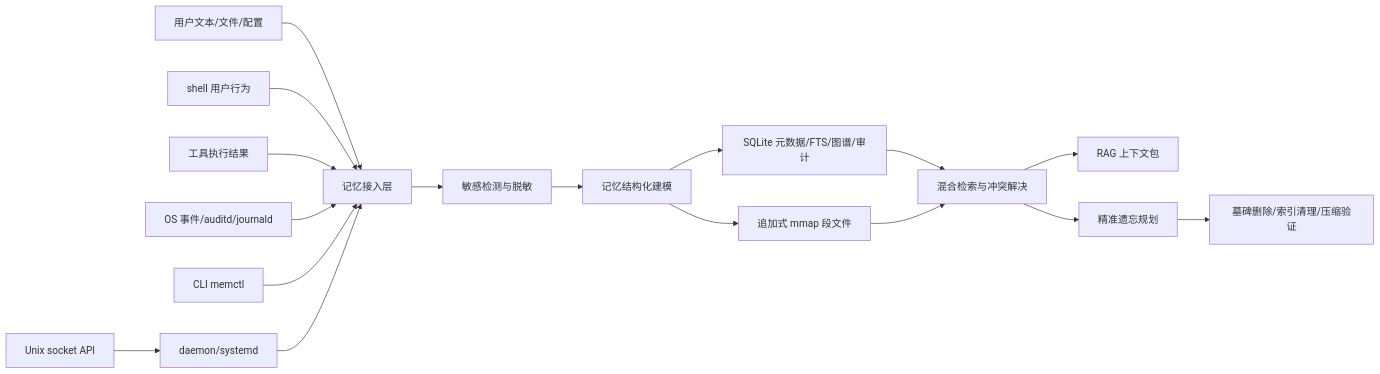
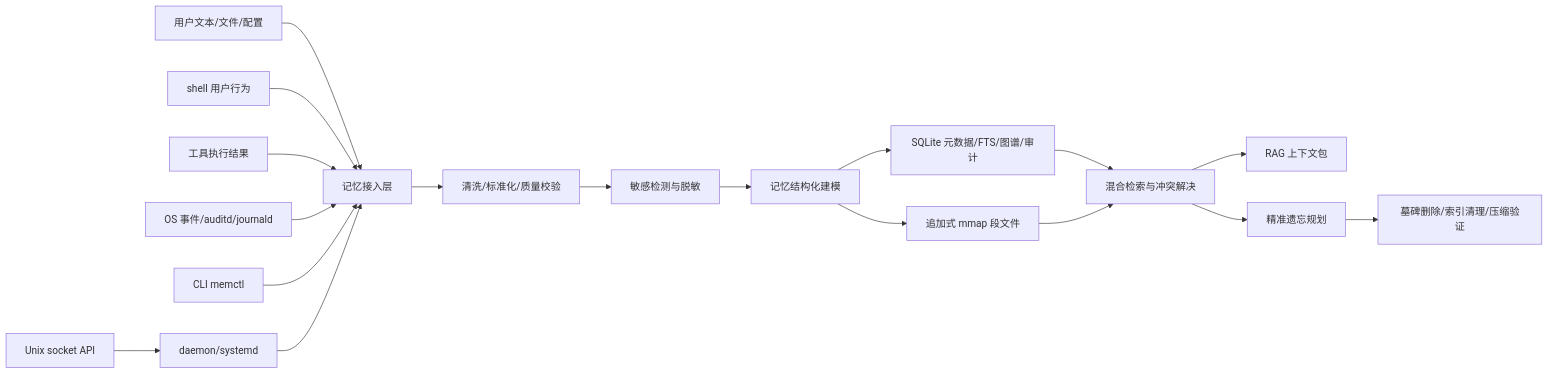
The diagram in docs/项目介绍总览.md (Alexd-star/memguardos), drawn with Mermaid before and after one commit. The commit also changed other lines of this file and 85 other files, not shown here.

````diff
--- a/docs/项目介绍总览.md
+++ b/docs/项目介绍总览.md
@@ -41,19 +41,20 @@
 ```mermaid
 flowchart LR
     A["用户文本/文件/配置"] --> B["记忆接入层"]
     P["shell 用户行为"] --> B
     C["工具执行结果"] --> B
     D["OS 事件/auditd/journald"] --> B
-    B --> E["敏感检测与脱敏"]
+    B --> Q["清洗/标准化/质量校验"]
+    Q --> E["敏感检测与脱敏"]
     E --> F["记忆结构化建模"]
     F --> G["追加式 mmap 段文件"]
     F --> H["SQLite 元数据/FTS/图谱/审计"]
     H --> I["混合检索与冲突解决"]
     G --> I
     I --> J["RAG 上下文包"]
     I --> K["精准遗忘规划"]
     K --> L["墓碑删除/索引清理/压缩验证"]
     M["CLI memctl"] --> B
     N["daemon/systemd"] --> B
     O["Unix socket API"] --> N
 ```
````
